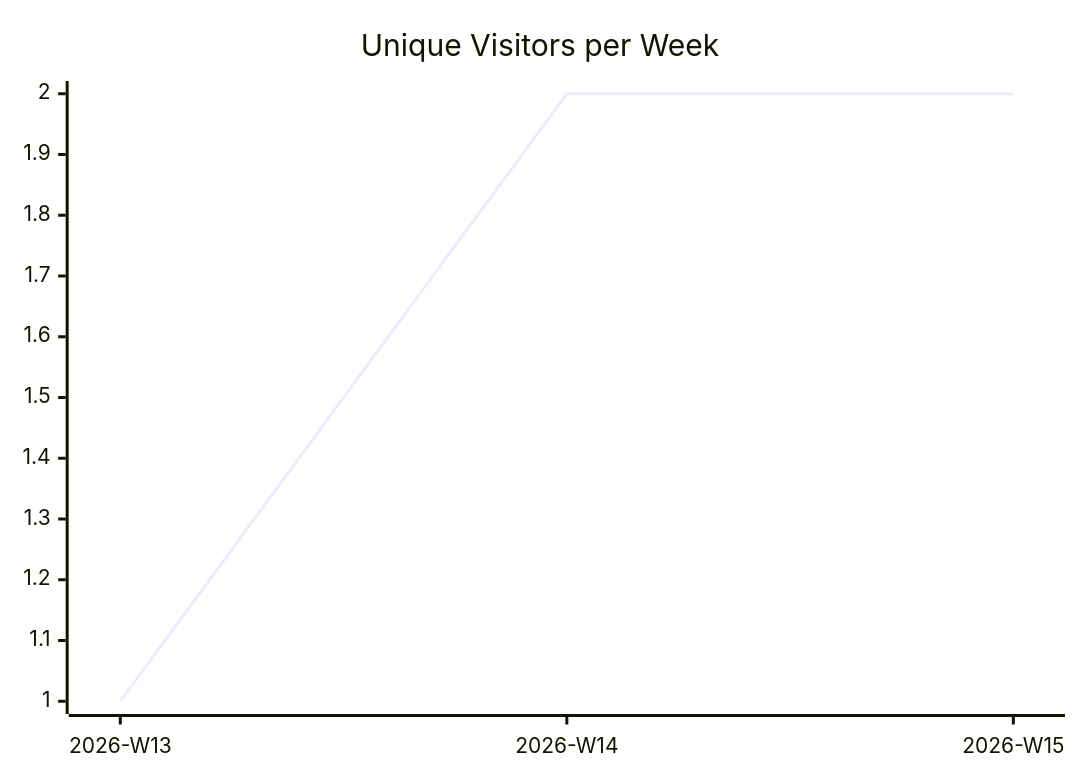
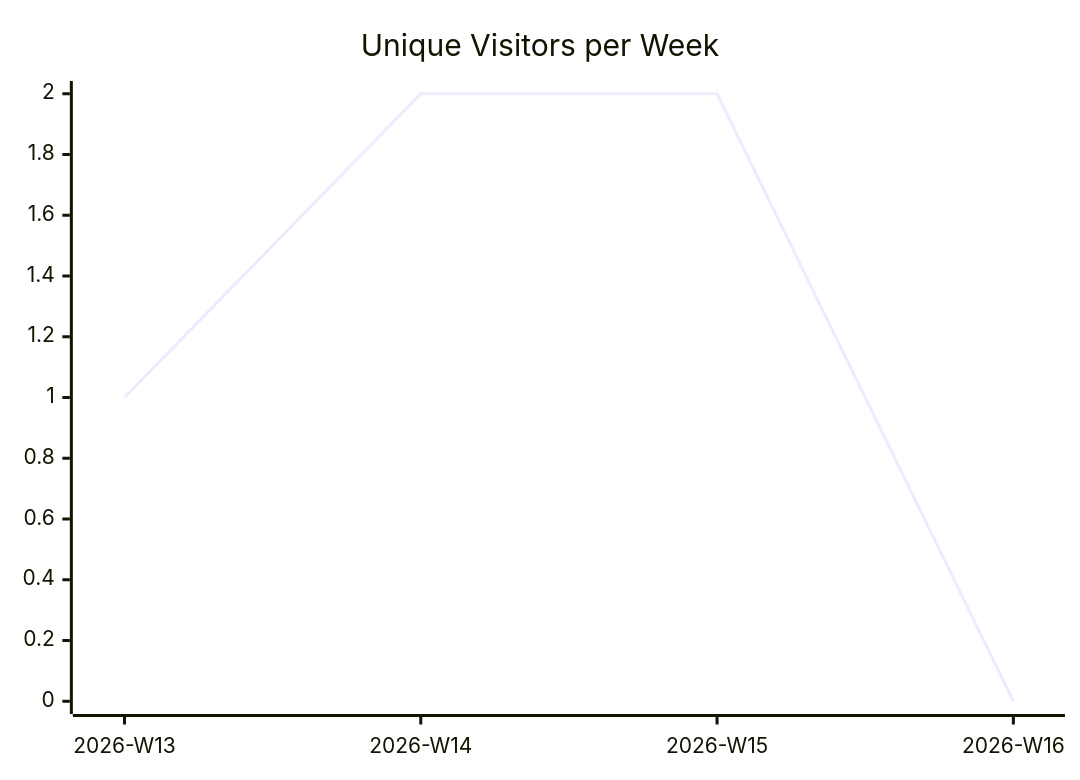
The first of 3 diagrams in karlmdavis/fhir-benchmarks/README.md (justdavis-family/github-analytics-data), drawn with Mermaid before and after one commit. The commit also changed other lines of this file and 173 other files, not shown here.

````diff
--- a/karlmdavis/fhir-benchmarks/README.md
+++ b/karlmdavis/fhir-benchmarks/README.md
@@ -5,6 +5,6 @@
 ```mermaid
 xychart-beta
   title "Unique Visitors per Week"
-  x-axis ["2026-W13", "2026-W14", "2026-W15"]
-  line [1, 2, 2]
+  x-axis ["2026-W13", "2026-W14", "2026-W15", "2026-W16"]
+  line [1, 2, 2, 0]
 ```
````
